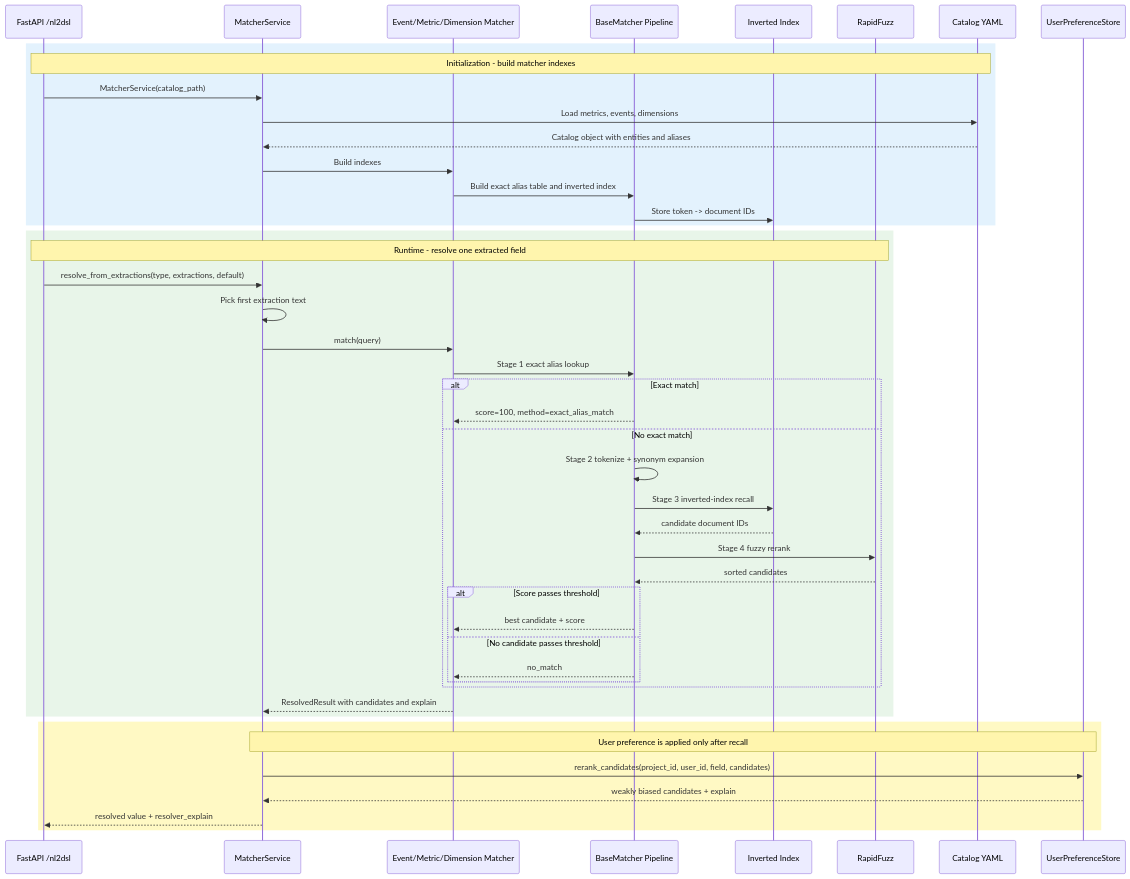
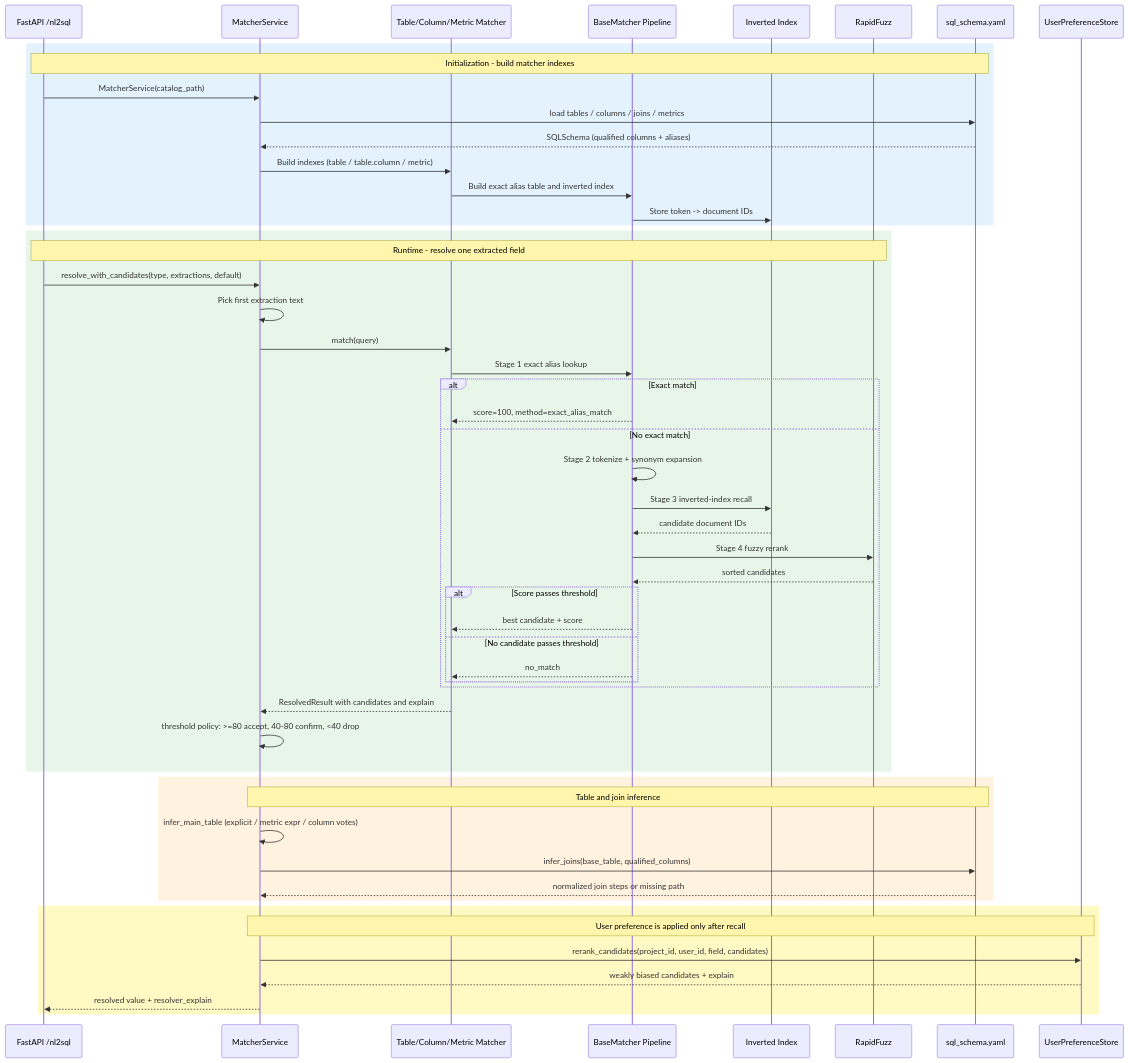
The diagram in docs/diagrams/matcher-sequence.md (frankzh0330/query-agent), drawn with Mermaid before and after one commit. The commit also changed 82 other files, not shown here.

````diff
--- a/docs/diagrams/matcher-sequence.md
+++ b/docs/diagrams/matcher-sequence.md
@@ -3,51 +3,59 @@
 ```mermaid
 sequenceDiagram
-    participant API as FastAPI /nl2dsl
+    participant API as FastAPI /nl2sql
     participant MS as MatcherService
-    participant Matcher as Event/Metric/Dimension Matcher
+    participant Matcher as Table/Column/Metric Matcher
     participant Pipeline as BaseMatcher Pipeline
     participant Index as Inverted Index
     participant Fuzz as RapidFuzz
-    participant Catalog as Catalog YAML
+    participant Schema as sql_schema.yaml
     participant Pref as UserPreferenceStore
 
     rect rgb(227, 242, 253)
-    Note over API,Catalog: Initialization - build matcher indexes
+    Note over API,Schema: Initialization - build matcher indexes
     API->>MS: MatcherService(catalog_path)
-    MS->>Catalog: Load metrics, events, dimensions
-    Catalog-->>MS: Catalog object with entities and aliases
-    MS->>Matcher: Build indexes
+    MS->>Schema: load tables / columns / joins / metrics
+    Schema-->>MS: SQLSchema (qualified columns + aliases)
+    MS->>Matcher: Build indexes (table / table.column / metric)
     Matcher->>Pipeline: Build exact alias table and inverted index
     Pipeline->>Index: Store token -> document IDs
     end
 
     rect rgb(232, 245, 233)
     Note over API,Fuzz: Runtime - resolve one extracted field
-    API->>MS: resolve_from_extractions(type, extractions, default)
+    API->>MS: resolve_with_candidates(type, extractions, default)
     MS->>MS: Pick first extraction text
     MS->>Matcher: match(query)
     Matcher->>Pipeline: Stage 1 exact alias lookup
     alt Exact match
         Pipeline-->>Matcher: score=100, method=exact_alias_match
     else No exact match
         Pipeline->>Pipeline: Stage 2 tokenize + synonym expansion
         Pipeline->>Index: Stage 3 inverted-index recall
         Index-->>Pipeline: candidate document IDs
         Pipeline->>Fuzz: Stage 4 fuzzy rerank
         Fuzz-->>Pipeline: sorted candidates
         alt Score passes threshold
             Pipeline-->>Matcher: best candidate + score
         else No candidate passes threshold
             Pipeline-->>Matcher: no_match
         end
     end
     Matcher-->>MS: ResolvedResult with candidates and explain
+    MS->>MS: threshold policy: >=80 accept, 40-80 confirm, <40 drop
+    end
+
+    rect rgb(255, 243, 224)
+    Note over MS,Schema: Table and join inference
+    MS->>MS: infer_main_table (explicit / metric expr / column votes)
+    MS->>Schema: infer_joins(base_table, qualified_columns)
+    Schema-->>MS: normalized join steps or missing path
     end
 
     rect rgb(255, 249, 196)
     Note over MS,Pref: User preference is applied only after recall
     MS->>Pref: rerank_candidates(project_id, user_id, field, candidates)
     Pref-->>MS: weakly biased candidates + explain
     MS-->>API: resolved value + resolver_explain
     end
 ```
````
